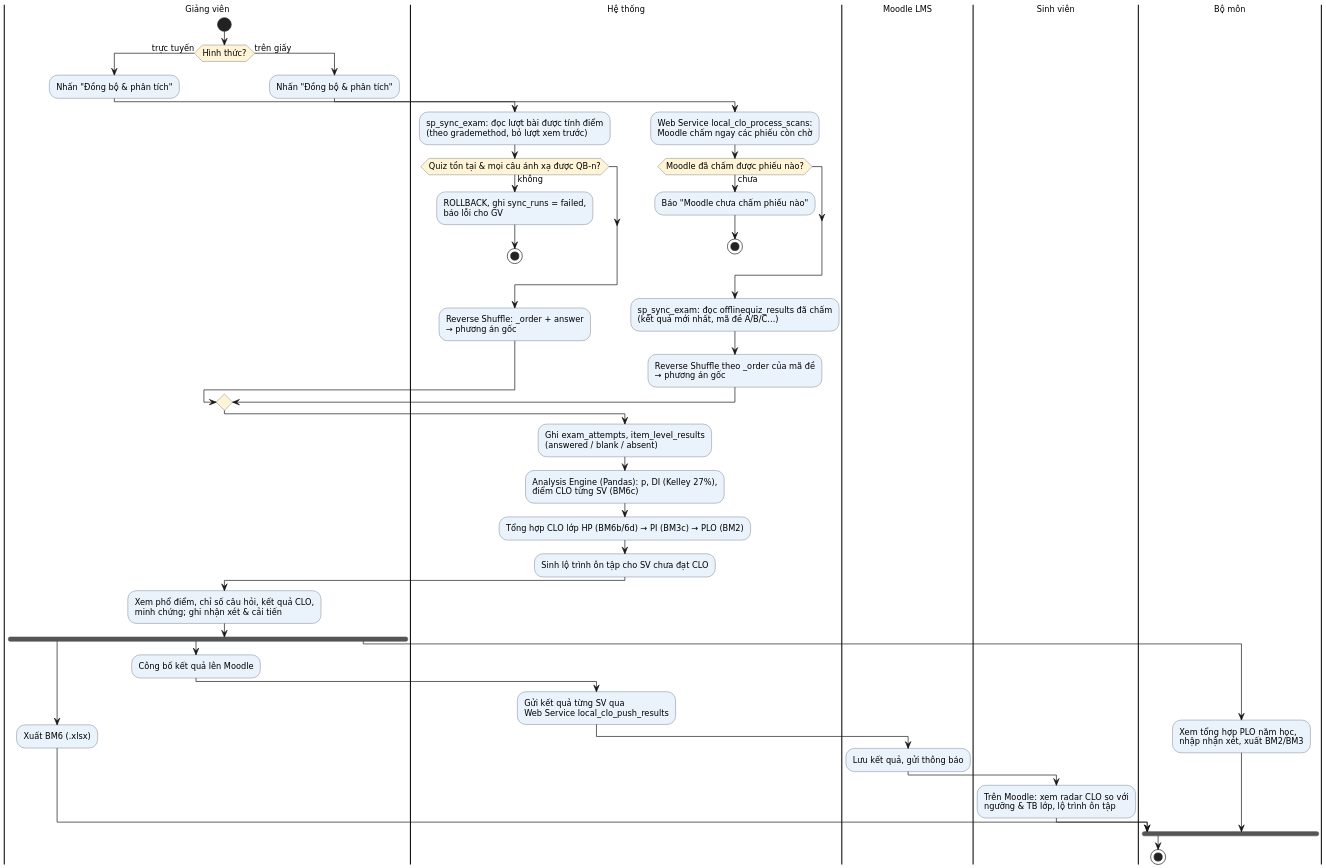
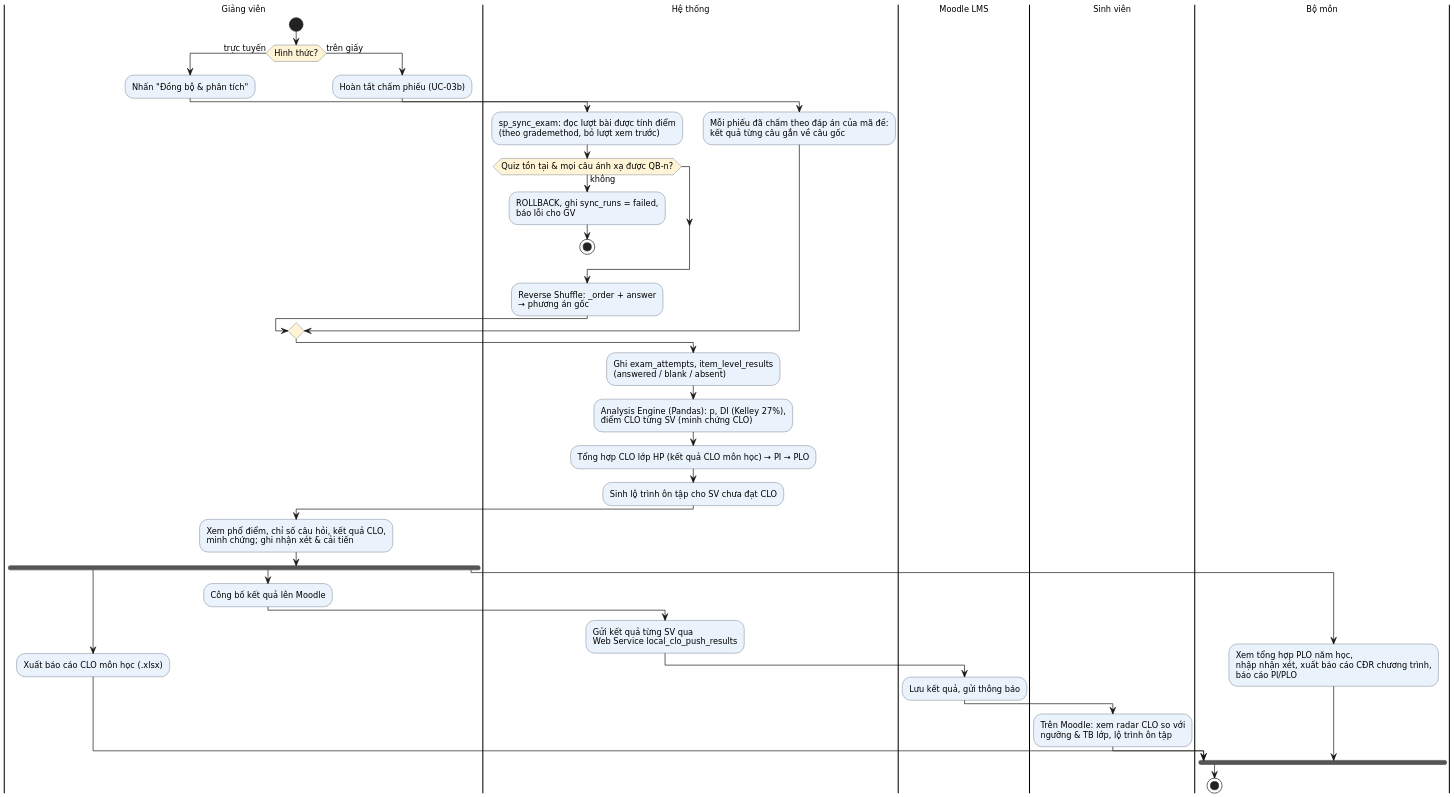
One commit to NguyenTanYen/TLCN changed the diagram in docs/diagrams/act2.puml. Above: the diagram before and after it, drawn with PlantUML. The commit also changed 22 other files, not shown here.

```diff
--- a/docs/diagrams/act2.puml
+++ b/docs/diagrams/act2.puml
@@ -1,53 +1,47 @@
 @startuml
 skinparam defaultFontName "DejaVu Sans"
 skinparam defaultFontSize 12
 skinparam dpi 160
 skinparam shadowing false
 skinparam ActivityBackgroundColor #EAF2FB
 skinparam ActivityBorderColor #445566
 skinparam ActivityDiamondBackgroundColor #FFF4D6
 |Giảng viên|
 start
 if (Hình thức?) then (trực tuyến)
   :Nhấn "Đồng bộ & phân tích";
   |Hệ thống|
   :sp_sync_exam: đọc lượt bài được tính điểm\n(theo grademethod, bỏ lượt xem trước);
   if (Quiz tồn tại & mọi câu ánh xạ được QB-n?) then (không)
     :ROLLBACK, ghi sync_runs = failed,\nbáo lỗi cho GV;
     stop
   endif
   :Reverse Shuffle: _order + answer\n→ phương án gốc;
 else (trên giấy)
   |Giảng viên|
-  :Nhấn "Đồng bộ & phân tích";
+  :Hoàn tất chấm phiếu (UC-03b);
   |Hệ thống|
-  :Web Service local_clo_process_scans:\nMoodle chấm ngay các phiếu còn chờ;
-  if (Moodle đã chấm được phiếu nào?) then (chưa)
-    :Báo "Moodle chưa chấm phiếu nào";
-    stop
-  endif
-  :sp_sync_exam: đọc offlinequiz_results đã chấm\n(kết quả mới nhất, mã đề A/B/C…);
-  :Reverse Shuffle theo _order của mã đề\n→ phương án gốc;
+  :Mỗi phiếu đã chấm theo đáp án của mã đề:\nkết quả từng câu gắn về câu gốc;
 endif
 :Ghi exam_attempts, item_level_results\n(answered / blank / absent);
-:Analysis Engine (Pandas): p, DI (Kelley 27%),\nđiểm CLO từng SV (BM6c);
-:Tổng hợp CLO lớp HP (BM6b/6d) → PI (BM3c) → PLO (BM2);
+:Analysis Engine (Pandas): p, DI (Kelley 27%),\nđiểm CLO từng SV (minh chứng CLO);
+:Tổng hợp CLO lớp HP (kết quả CLO môn học) → PI → PLO;
 :Sinh lộ trình ôn tập cho SV chưa đạt CLO;
 |Giảng viên|
 :Xem phổ điểm, chỉ số câu hỏi, kết quả CLO,\nminh chứng; ghi nhận xét & cải tiến;
 fork
-  :Xuất BM6 (.xlsx);
+  :Xuất báo cáo CLO môn học (.xlsx);
 fork again
   :Công bố kết quả lên Moodle;
   |Hệ thống|
   :Gửi kết quả từng SV qua\nWeb Service local_clo_push_results;
   |Moodle LMS|
   :Lưu kết quả, gửi thông báo;
   |Sinh viên|
   :Trên Moodle: xem radar CLO so với\nngưỡng & TB lớp, lộ trình ôn tập;
 fork again
   |Bộ môn|
-  :Xem tổng hợp PLO năm học,\nnhập nhận xét, xuất BM2/BM3;
+  :Xem tổng hợp PLO năm học,\nnhập nhận xét, xuất báo cáo CĐR chương trình,\nbáo cáo PI/PLO;
 end fork
 stop
 @enduml
```
